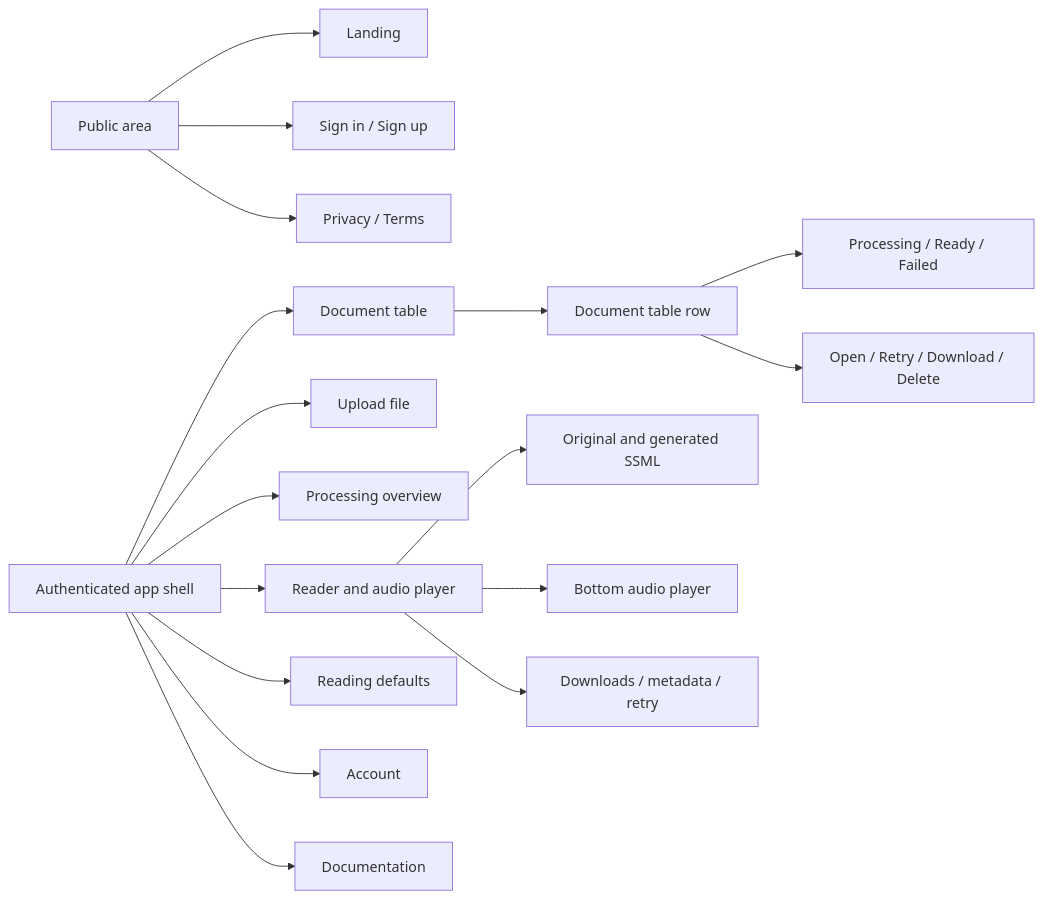
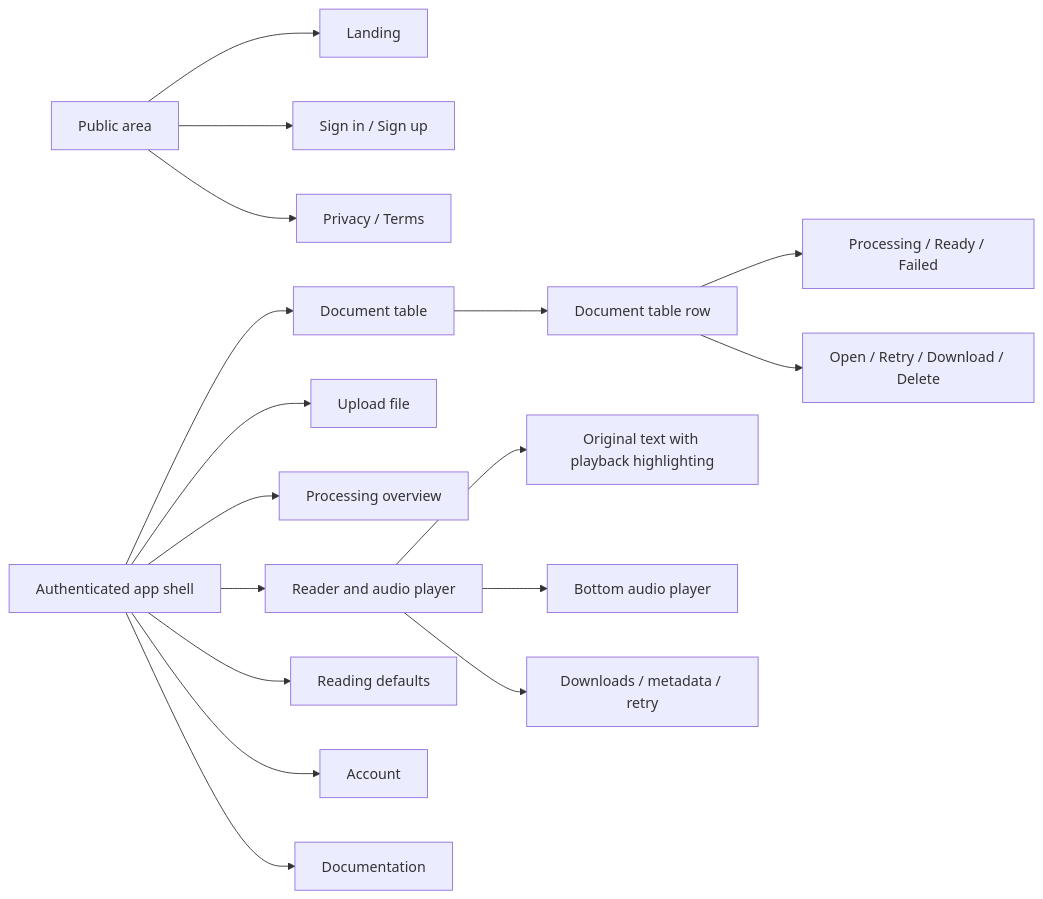
One commit to szmydlo98/przeczytai.me changed the second of 3 diagrams in docs/przeczytajmi-screen-architecture.md. Above: the diagram before and after it, drawn with Mermaid. The commit also changed other lines of this file, not shown here.

Commit message:
Address screen architecture review comments

````diff
--- a/docs/przeczytajmi-screen-architecture.md
+++ b/docs/przeczytajmi-screen-architecture.md
@@ -71,22 +73,22 @@
 ```mermaid
 flowchart LR
     Public["Public area"] --> Landing["Landing"]
     Public --> Auth["Sign in / Sign up"]
     Public --> Legal["Privacy / Terms"]
 
     Private["Authenticated app shell"] --> Library["Document table"]
     Private --> Create["Upload file"]
     Private --> Jobs["Processing overview"]
     Private --> Reader["Reader and audio player"]
     Private --> Settings["Reading defaults"]
     Private --> Account["Account"]
     Private --> Docs["Documentation"]
 
     Library --> DocumentRow["Document table row"]
     DocumentRow --> Status["Processing / Ready / Failed"]
     DocumentRow --> Actions["Open / Retry / Download / Delete"]
 
-    Reader --> TextPanel["Original and generated SSML"]
+    Reader --> TextPanel["Original text with playback highlighting"]
     Reader --> Player["Bottom audio player"]
     Reader --> SidePanel["Downloads / metadata / retry"]
 ```
````
